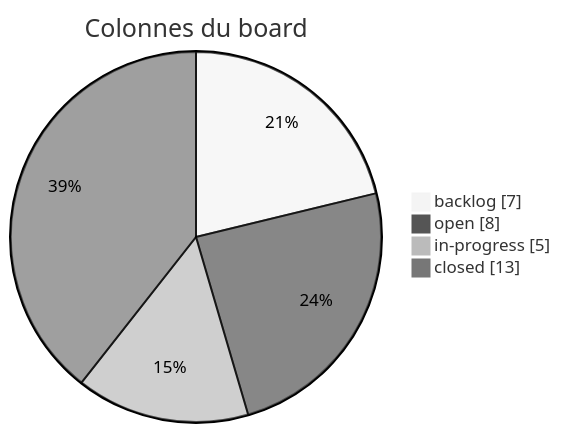
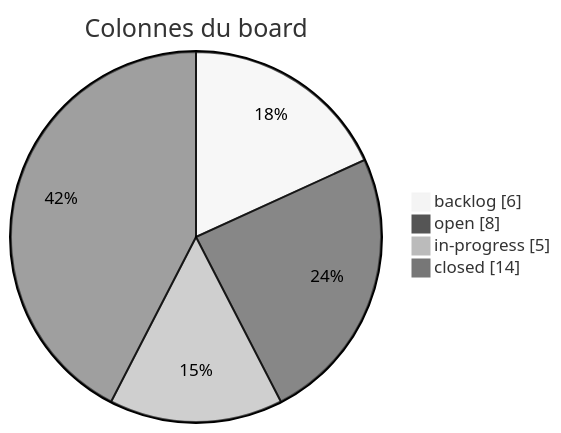
The third of 7 diagrams in modules/M45_projet-board-J05.md (Gooseppr/GevOps_LC), drawn with Mermaid (neutral theme) before and after one commit. The commit also changed other lines of this file and 4 other files, not shown here.

````diff
--- a/modules/M45_projet-board-J05.md
+++ b/modules/M45_projet-board-J05.md
@@ -47,8 +47,8 @@
 ```mermaid
 pie showData
     title Colonnes du board
-    "backlog" : 7
+    "backlog" : 6
     "open" : 8
     "in-progress" : 5
-    "closed" : 13
+    "closed" : 14
 ```
````
